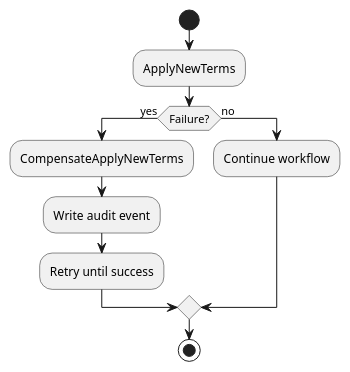
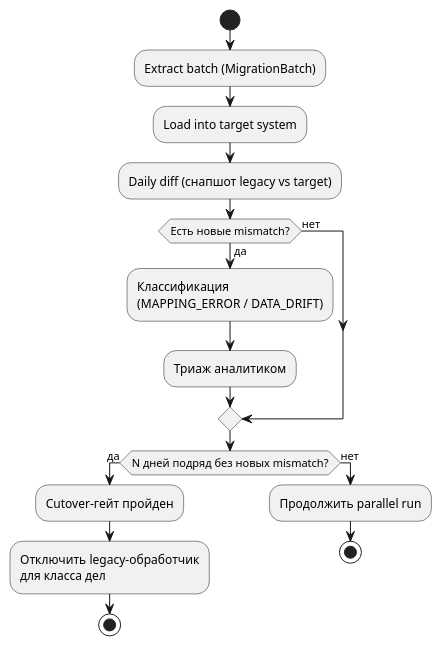
One commit to autizzm/Zettelkasten changed the fifth of 5 diagrams in HR_Legends/04_data_flows.md. Above: the diagram before and after it, drawn with PlantUML. The commit also changed other lines of this file and 3592 other files, not shown here.

````diff
--- a/HR_Legends/04_data_flows.md
+++ b/HR_Legends/04_data_flows.md
@@ -69,16 +239,21 @@
-``` plantuml
+```plantuml
 @startuml
 start
-:ApplyNewTerms;
-
-if (Failure?) then (yes)
-  :CompensateApplyNewTerms;
-  :Write audit event;
-  :Retry until success;
-else (no)
-  :Continue workflow;
+:Extract batch (MigrationBatch);
+:Load into target system;
+:Daily diff (снапшот legacy vs target);
+if (Есть новые mismatch?) then (да)
+  :Классификация\n(MAPPING_ERROR / DATA_DRIFT);
+  :Триаж аналитиком;
+else (нет)
 endif
-
-stop
+if (N дней подряд без новых mismatch?) then (да)
+  :Cutover-гейт пройден;
+  :Отключить legacy-обработчик\nдля класса дел;
+  stop
+else (нет)
+  :Продолжить parallel run;
+  stop
+endif
 @enduml
 ```
````
